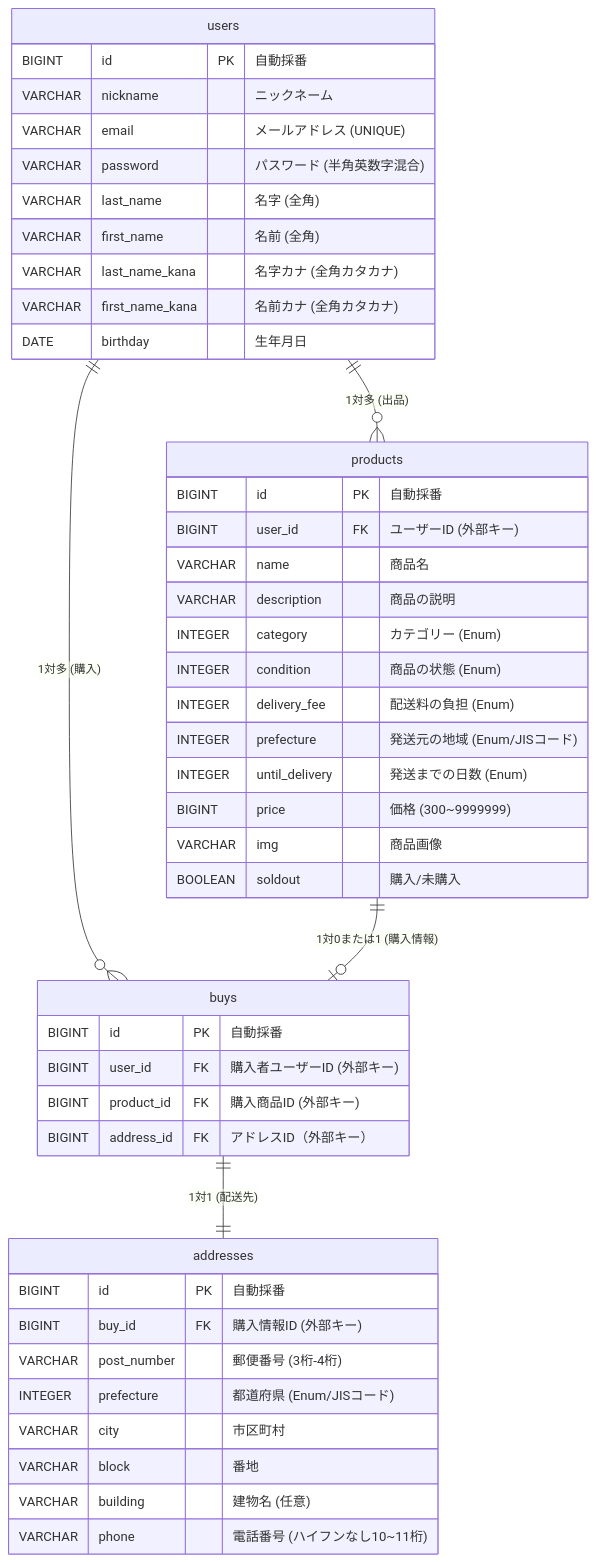
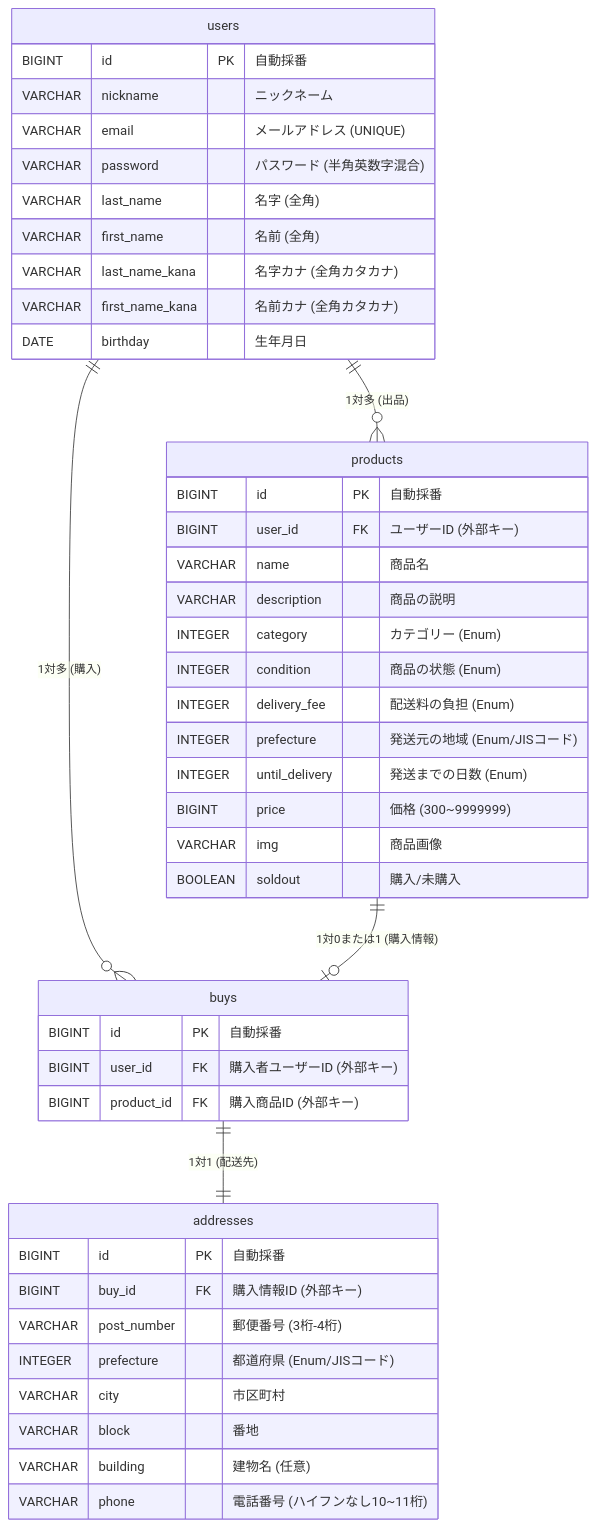
Before and after one commit to sho-haraguchi/furima: the diagram in README.md, drawn with Mermaid.

````diff
--- a/README.md
+++ b/README.md
@@ -3,52 +3,51 @@
 ```mermaid
 erDiagram
     users ||--o{ products : "1対多 (出品)"
     users ||--o{ buys : "1対多 (購入)"
     products ||--o| buys : "1対0または1 (購入情報)"
     buys ||--|| addresses : "1対1 (配送先)"
 
     users {
         BIGINT id PK "自動採番"
         VARCHAR nickname "ニックネーム"
         VARCHAR email "メールアドレス (UNIQUE)"
         VARCHAR password "パスワード (半角英数字混合)"
         VARCHAR last_name "名字 (全角)"
         VARCHAR first_name "名前 (全角)"
         VARCHAR last_name_kana "名字カナ (全角カタカナ)"
         VARCHAR first_name_kana "名前カナ (全角カタカナ)"
         DATE birthday "生年月日"
     }
 
     products {
         BIGINT id PK "自動採番"
         BIGINT user_id FK "ユーザーID (外部キー)"
         VARCHAR name "商品名"
         VARCHAR description "商品の説明"
         INTEGER category "カテゴリー (Enum)"
         INTEGER condition "商品の状態 (Enum)"
         INTEGER delivery_fee "配送料の負担 (Enum)"
         INTEGER prefecture "発送元の地域 (Enum/JISコード)"
         INTEGER until_delivery "発送までの日数 (Enum)"
         BIGINT price "価格 (300~9999999)"
         VARCHAR img "商品画像"
         BOOLEAN soldout "購入/未購入"
     }
 
     buys {
         BIGINT id PK "自動採番"
         BIGINT user_id FK "購入者ユーザーID (外部キー)"
         BIGINT product_id FK "購入商品ID (外部キー)"
-        BIGINT address_id FK "アドレスID（外部キー）"
     }
 
     addresses {
         BIGINT id PK "自動採番"
         BIGINT buy_id FK "購入情報ID (外部キー)"
         VARCHAR post_number "郵便番号 (3桁-4桁)"
         INTEGER prefecture "都道府県 (Enum/JISコード)"
         VARCHAR city "市区町村"
         VARCHAR block "番地"
         VARCHAR building "建物名 (任意)"
         VARCHAR phone "電話番号 (ハイフンなし10~11桁)"
     }
 ```
````
